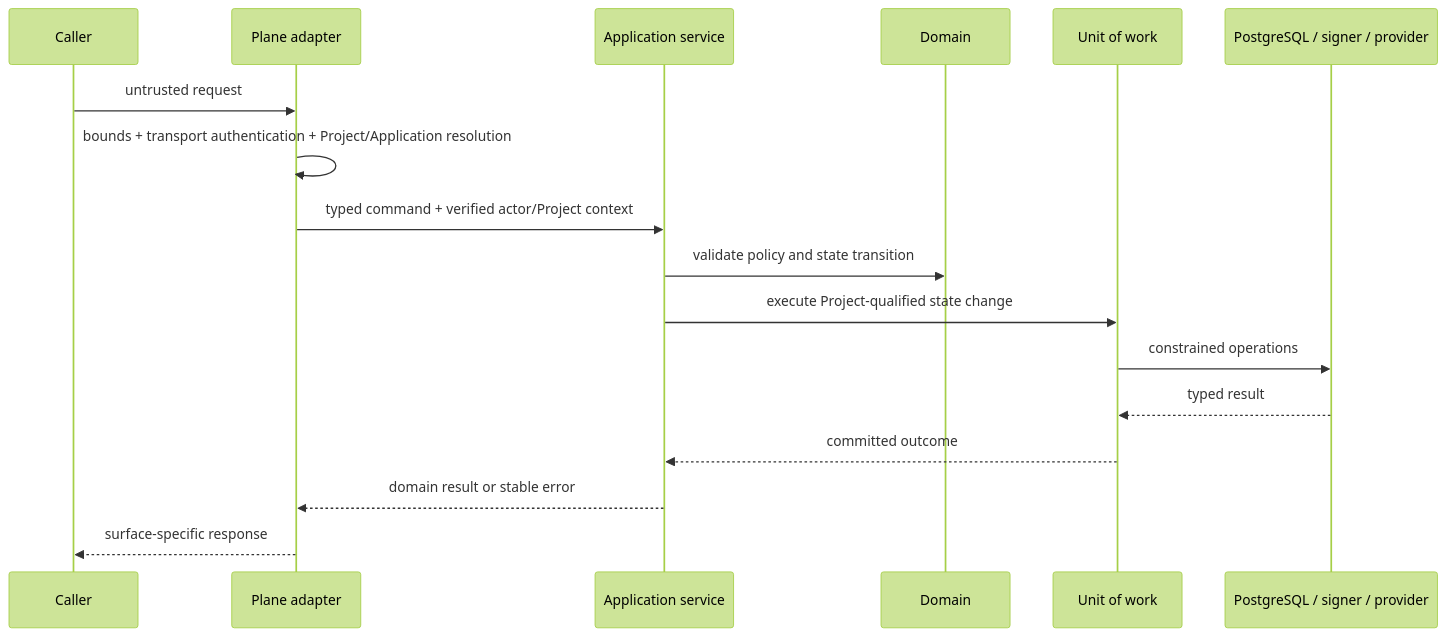
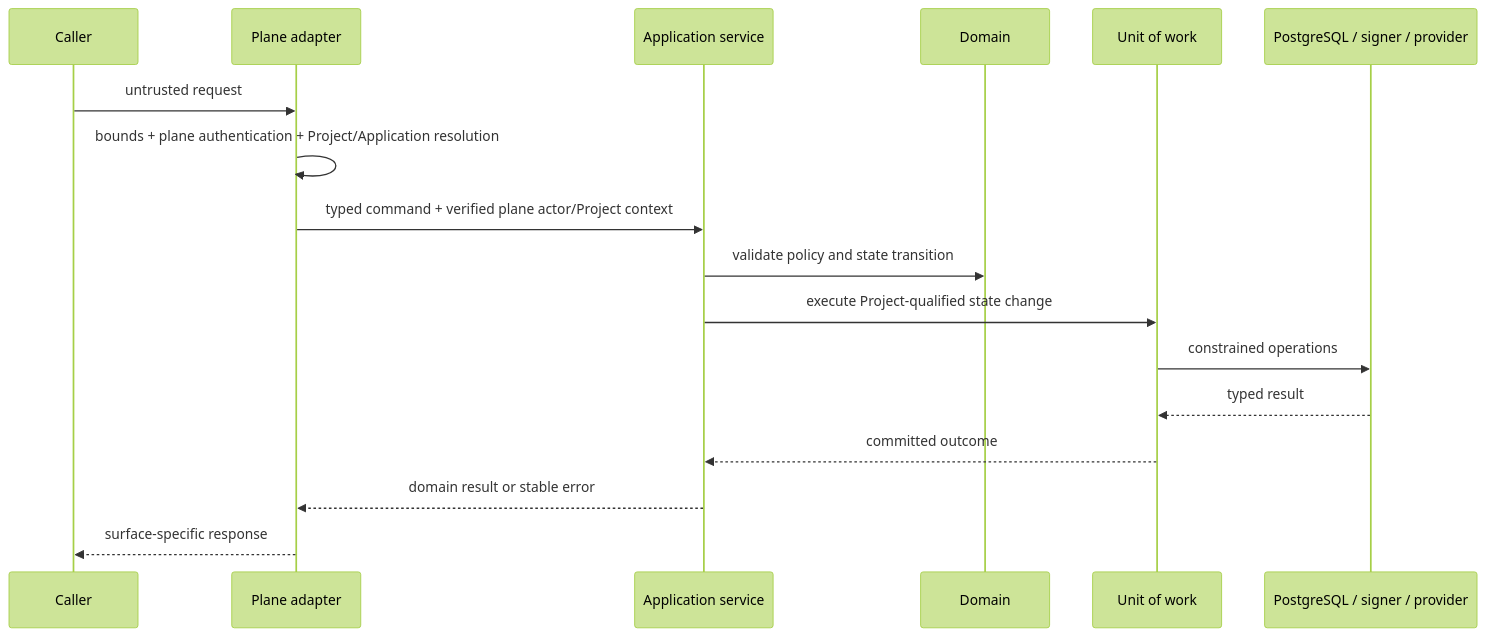
The third of 3 diagrams in spec/02-domain-and-crate-boundaries.md (owlfoundry/owlauth), drawn with Mermaid (forest theme) before and after one commit. The commit also changed other lines of this file and 35 other files, not shown here.

First line of the commit message:
docs(repo): define hosted web and SaaS architecture

````diff
--- a/spec/02-domain-and-crate-boundaries.md
+++ b/spec/02-domain-and-crate-boundaries.md
@@ -136,20 +135,20 @@
 ```mermaid
 sequenceDiagram
     participant Caller
     participant Adapter as Plane adapter
     participant App as Application service
     participant Domain
     participant Tx as Unit of work
     participant Infra as PostgreSQL / signer / provider
 
     Caller->>Adapter: untrusted request
-    Adapter->>Adapter: bounds + transport authentication + Project/Application resolution
-    Adapter->>App: typed command + verified actor/Project context
+    Adapter->>Adapter: bounds + plane authentication + Project/Application resolution
+    Adapter->>App: typed command + verified plane actor/Project context
     App->>Domain: validate policy and state transition
     App->>Tx: execute Project-qualified state change
     Tx->>Infra: constrained operations
     Infra-->>Tx: typed result
     Tx-->>App: committed outcome
     App-->>Adapter: domain result or stable error
     Adapter-->>Caller: surface-specific response
 ```
````
